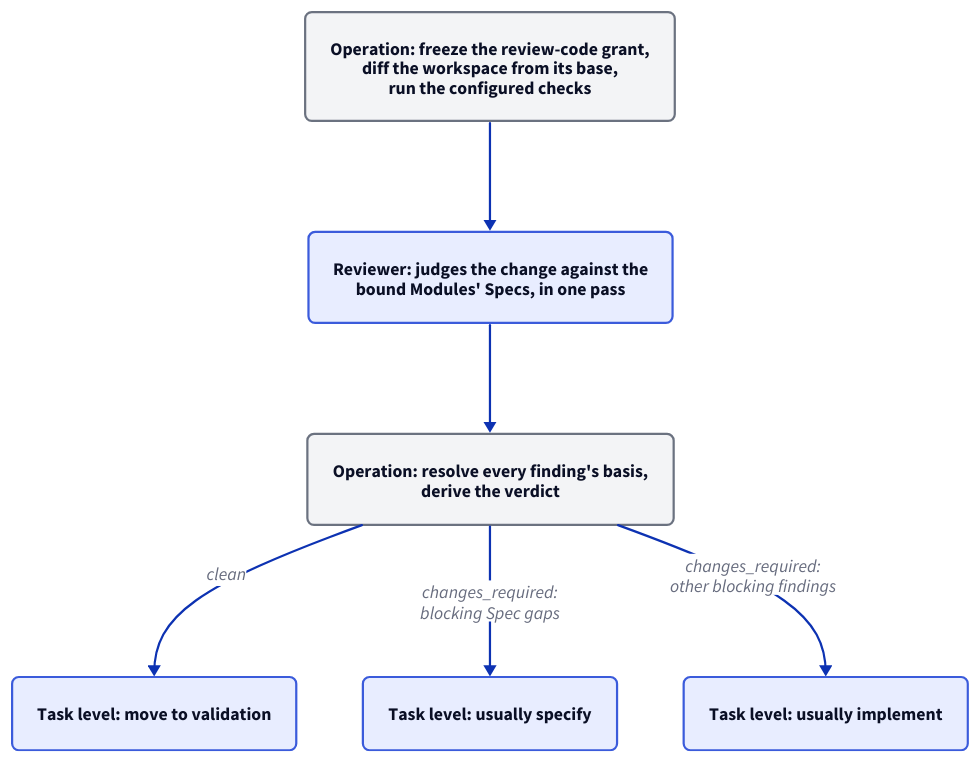
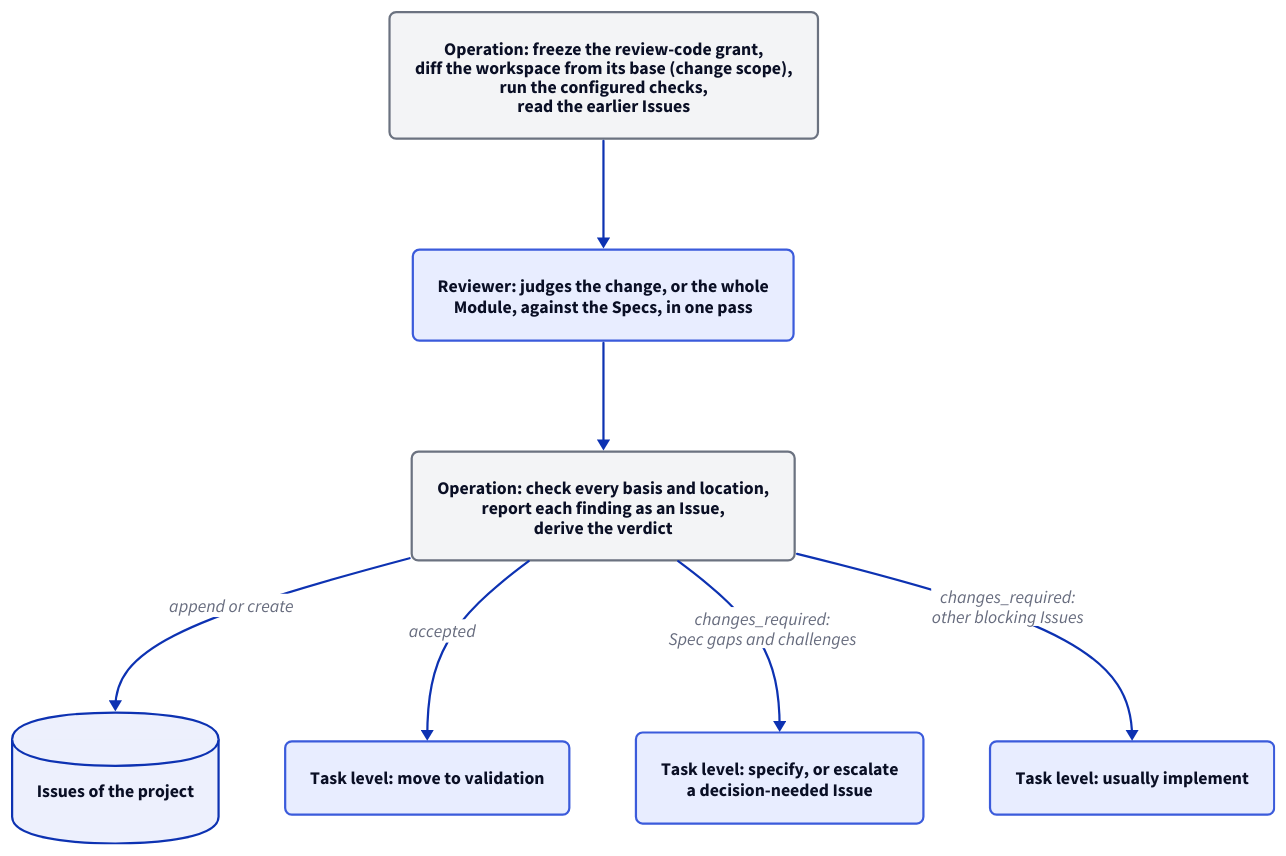
Before and after one commit to FTOD/concorde: the diagram in specs/concorde/execution/operations/code-review/module.md, drawn with D2. The commit also changed other lines of this file and 17 other files, not shown here.

First line of the commit message:
Add a Module-scope code review that reports findings as tiered Issues

````diff
--- a/specs/concorde/execution/operations/code-review/module.md
+++ b/specs/concorde/execution/operations/code-review/module.md
@@ -52,17 +94,19 @@
 ```d2 illustrative
 direction: down
 classes: {
   agent: {style: {fill: "#e8edff"; stroke: "#3b5bdb"; stroke-width: 2; border-radius: 6}}
   program: {style: {fill: "#f3f4f6"; stroke: "#6b7280"; stroke-width: 2; border-radius: 6}}
 }
-prepare: "Operation: freeze the review-code grant,\ndiff the workspace from its base,\nrun the configured checks" {class: program}
-judge: "Reviewer: judges the change against the\nbound Modules' Specs, in one pass" {class: agent}
-settle: "Operation: resolve every finding's basis,\nderive the verdict" {class: program}
-clean: "Task level: move to validation" {class: agent}
-spec: "Task level: usually specify" {class: agent}
+prepare: "Operation: freeze the review-code grant,\ndiff the workspace from its base (change scope),\nrun the configured checks,\nread the earlier Issues" {class: program}
+judge: "Reviewer: judges the change, or the whole\nModule, against the Specs, in one pass" {class: agent}
+settle: "Operation: check every basis and location,\nreport each finding as an Issue,\nderive the verdict" {class: program}
+issues: "Issues of the project" {shape: cylinder}
+accepted: "Task level: move to validation" {class: agent}
+spec: "Task level: specify, or escalate\na decision-needed Issue" {class: agent}
 code: "Task level: usually implement" {class: agent}
 prepare -> judge -> settle
-settle -> clean: clean
-settle -> spec: "changes_required:\nblocking Spec gaps"
-settle -> code: "changes_required:\nother blocking findings"
+settle -> issues: "append or create"
+settle -> accepted: accepted
+settle -> spec: "changes_required:\nSpec gaps and challenges"
+settle -> code: "changes_required:\nother blocking Issues"
 ```
````
